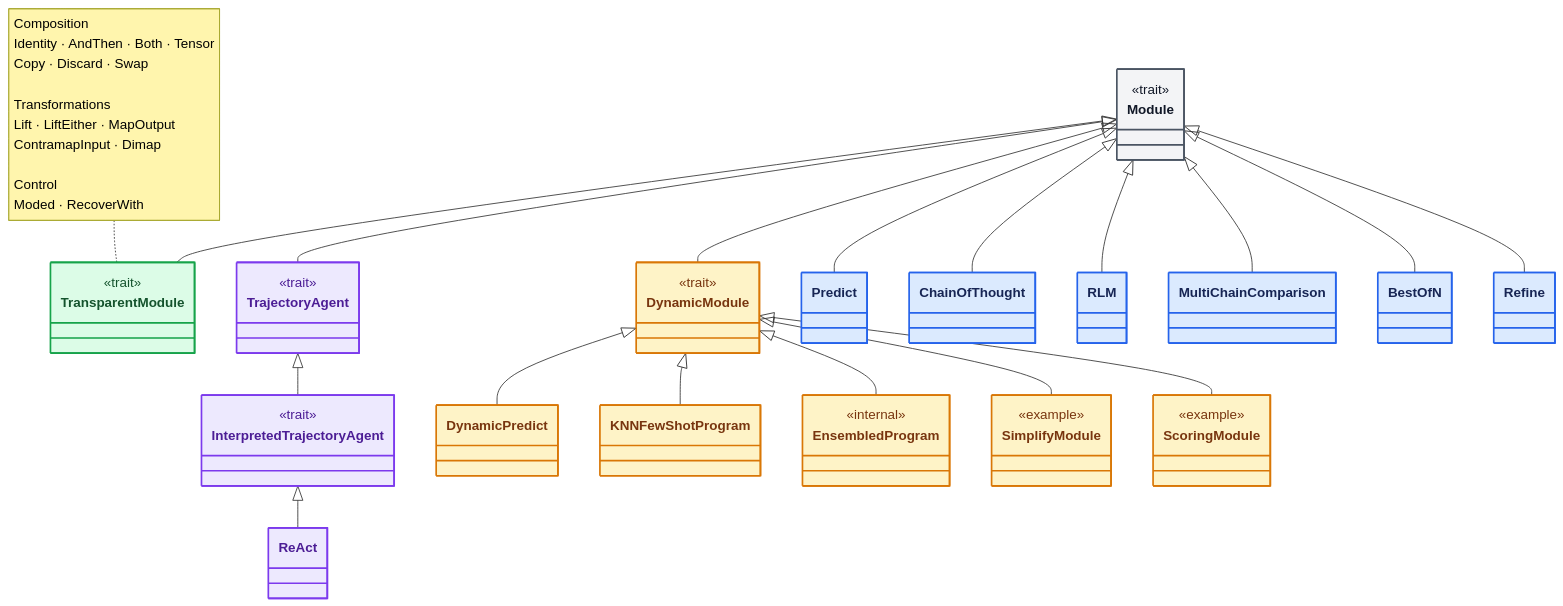
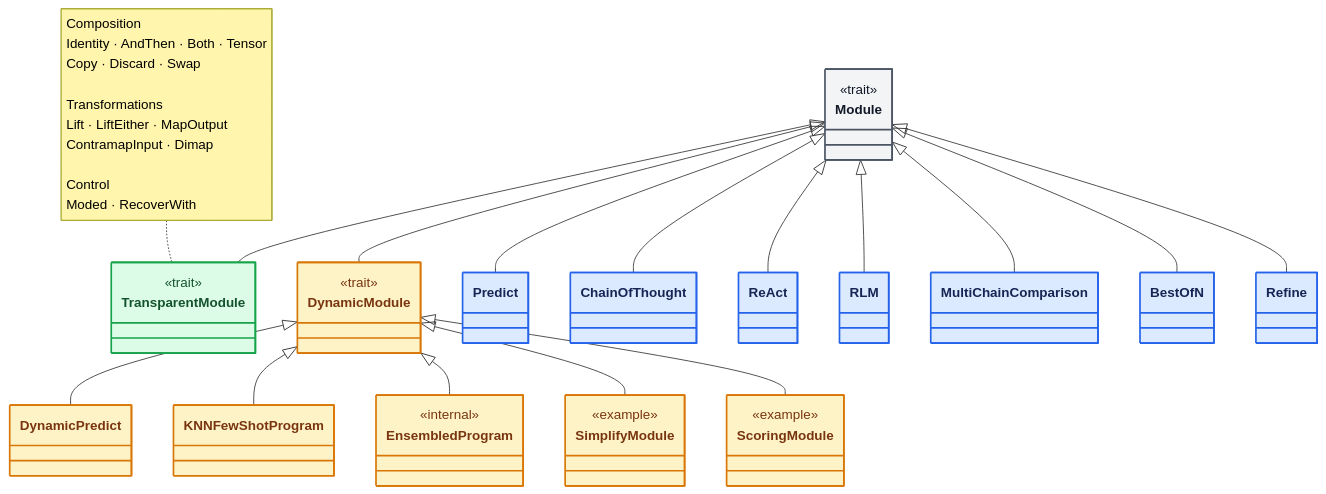
One commit to jpablo/dspy4s changed the first of 2 diagrams in modules/programs/src/main/scala/dspy4s/programs/contracts/Module.md. Above: the diagram before and after it, drawn with Mermaid. The commit also changed other lines of this file and 47 other files, not shown here.

````diff
--- a/modules/programs/src/main/scala/dspy4s/programs/contracts/Module.md
+++ b/modules/programs/src/main/scala/dspy4s/programs/contracts/Module.md
@@ -49,15 +49,10 @@
     class DynamicModule {
         <<trait>>
     }
-    class TrajectoryAgent {
-        <<trait>>
-    }
-    class InterpretedTrajectoryAgent {
-        <<trait>>
-    }
 
     class Predict
     class ChainOfThought
+    class ReAct
     class RLM
     class MultiChainComparison
     class BestOfN
@@ -75,16 +70,14 @@
         <<example>>
     }
 
-    class ReAct
-
     note for TransparentModule "Composition<br/>Identity · AndThen · Both · Tensor<br/>Copy · Discard · Swap<br/><br/>Transformations<br/>Lift · LiftEither · MapOutput<br/>ContramapInput · Dimap<br/><br/>Control<br/>Moded · RecoverWith"
 
     Module <|-- TransparentModule
     Module <|-- DynamicModule
-    Module <|-- TrajectoryAgent
 
     Module <|-- Predict
     Module <|-- ChainOfThought
+    Module <|-- ReAct
     Module <|-- RLM
     Module <|-- MultiChainComparison
     Module <|-- BestOfN
@@ -96,13 +89,11 @@
     DynamicModule <|-- SimplifyModule
     DynamicModule <|-- ScoringModule
 
-    TrajectoryAgent <|-- InterpretedTrajectoryAgent
-    InterpretedTrajectoryAgent <|-- ReAct
-
     style Module fill:#F3F4F6,stroke:#4B5563,color:#111827,stroke-width:2px
 
     style Predict fill:#DBEAFE,stroke:#2563EB,color:#172554,stroke-width:2px
     style ChainOfThought fill:#DBEAFE,stroke:#2563EB,color:#172554,stroke-width:2px
+    style ReAct fill:#DBEAFE,stroke:#2563EB,color:#172554,stroke-width:2px
     style RLM fill:#DBEAFE,stroke:#2563EB,color:#172554,stroke-width:2px
     style MultiChainComparison fill:#DBEAFE,stroke:#2563EB,color:#172554,stroke-width:2px
     style BestOfN fill:#DBEAFE,stroke:#2563EB,color:#172554,stroke-width:2px
@@ -115,8 +106,4 @@
     style EnsembledProgram fill:#FEF3C7,stroke:#D97706,color:#78350F,stroke-width:2px
     style SimplifyModule fill:#FEF3C7,stroke:#D97706,color:#78350F,stroke-width:2px
     style ScoringModule fill:#FEF3C7,stroke:#D97706,color:#78350F,stroke-width:2px
-
-    style TrajectoryAgent fill:#EDE9FE,stroke:#7C3AED,color:#4C1D95,stroke-width:2px
-    style InterpretedTrajectoryAgent fill:#EDE9FE,stroke:#7C3AED,color:#4C1D95,stroke-width:2px
-    style ReAct fill:#EDE9FE,stroke:#7C3AED,color:#4C1D95,stroke-width:2px
 ```
````
